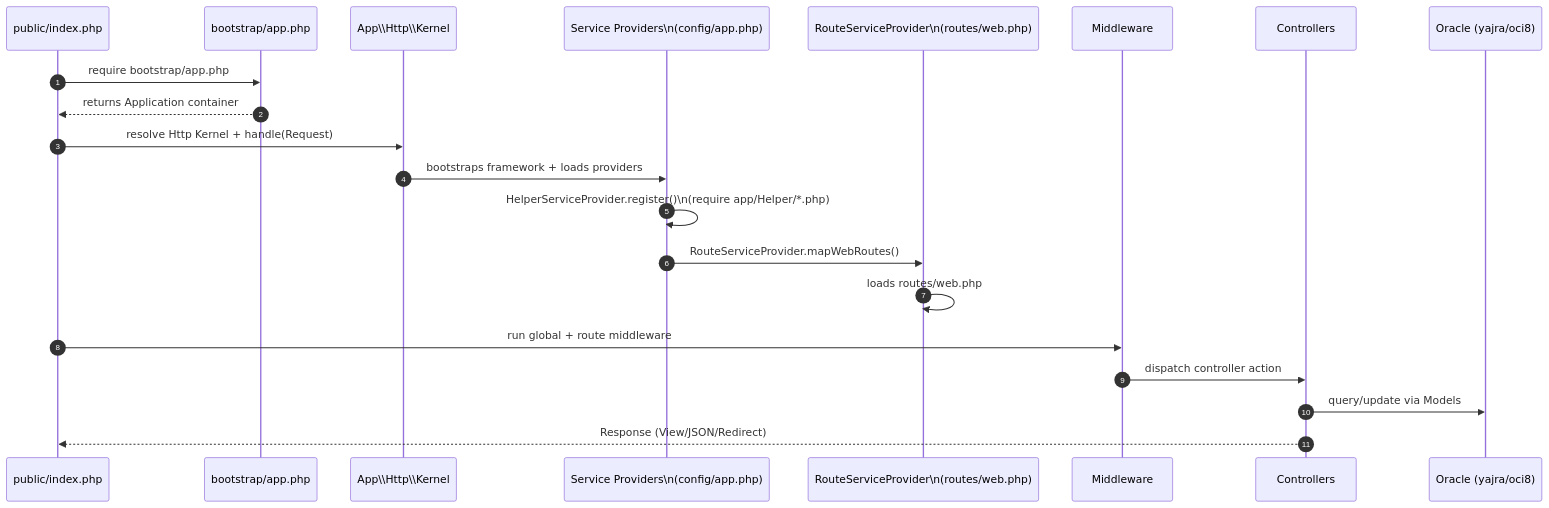
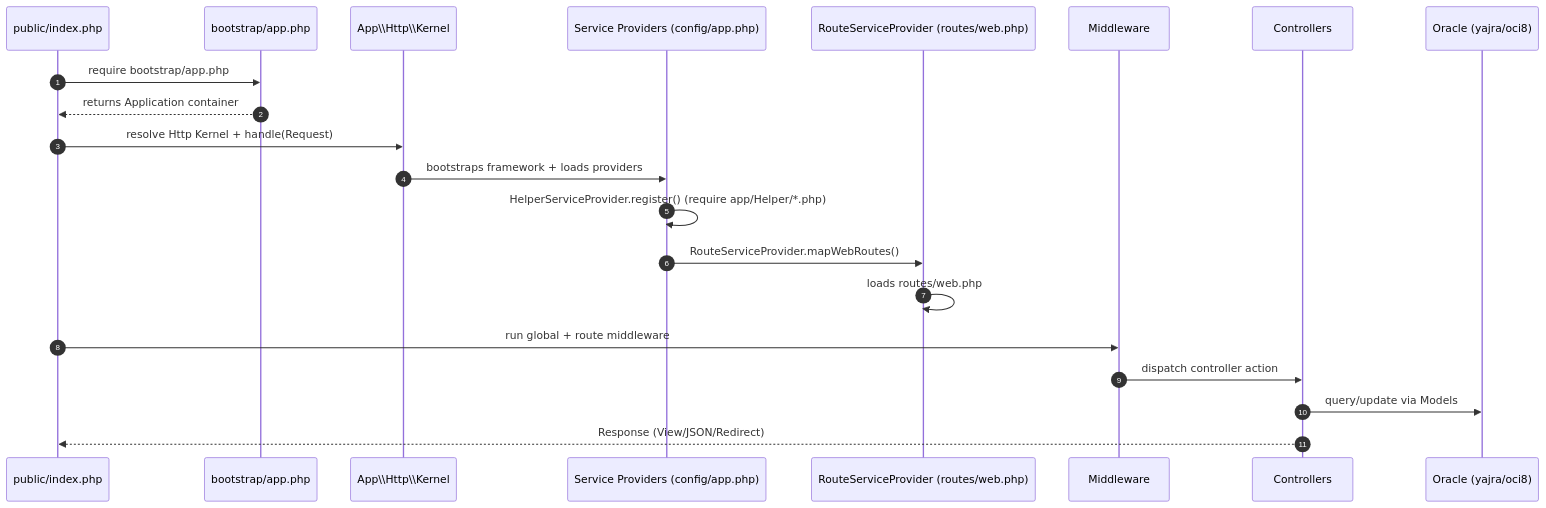
One commit to NusantaraRegas/nr-csr changed the third of 3 diagrams in README.md. Above: the diagram before and after it, drawn with Mermaid. The commit also changed other lines of this file, not shown here.

Commit message:
docs: fix mermaid parsing by removing newline escapes

````diff
--- a/README.md
+++ b/README.md
@@ -121,24 +121,24 @@
 ```mermaid
 sequenceDiagram
   autonumber
   participant Web as public/index.php
   participant Bootstrap as bootstrap/app.php
   participant Kernel as App\\Http\\Kernel
-  participant Providers as Service Providers\n(config/app.php)
-  participant Routes as RouteServiceProvider\n(routes/web.php)
+  participant Providers as Service Providers (config/app.php)
+  participant Routes as RouteServiceProvider (routes/web.php)
   participant MW as Middleware
   participant Ctrl as Controllers
   participant DB as Oracle (yajra/oci8)
 
   Web->>Bootstrap: require bootstrap/app.php
   Bootstrap-->>Web: returns Application container
   Web->>Kernel: resolve Http Kernel + handle(Request)
   Kernel->>Providers: bootstraps framework + loads providers
-  Providers->>Providers: HelperServiceProvider.register()\n(require app/Helper/*.php)
+  Providers->>Providers: HelperServiceProvider.register() (require app/Helper/*.php)
   Providers->>Routes: RouteServiceProvider.mapWebRoutes()
   Routes->>Routes: loads routes/web.php
   Web->>MW: run global + route middleware
   MW->>Ctrl: dispatch controller action
   Ctrl->>DB: query/update via Models
   Ctrl-->>Web: Response (View/JSON/Redirect)
 ```
````
